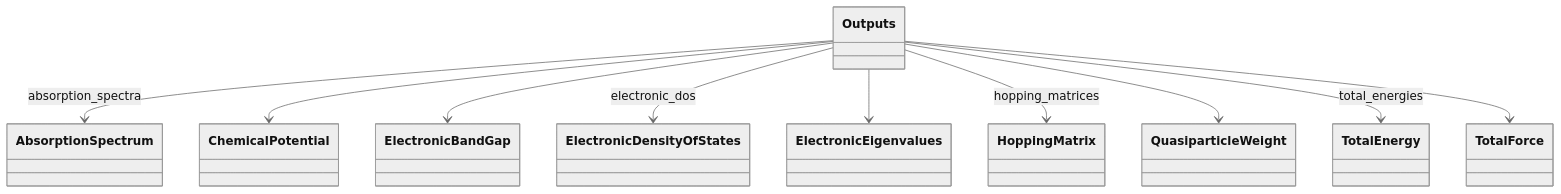
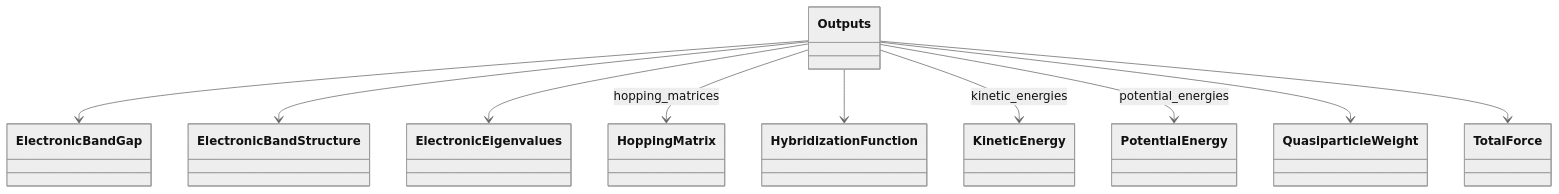
The second of 2 diagrams in docs/schema/outputs.diagram.md (FAIRmat-NFDI/nomad-simulations), drawn with Mermaid (neutral theme) before and after one commit. The commit also changed 13 other files, not shown here.

````diff
--- a/docs/schema/outputs.diagram.md
+++ b/docs/schema/outputs.diagram.md
@@ -63,32 +63,32 @@
 ```mermaid
 classDiagram
-    class AbsorptionSpectrum {
-    }
-    class ChemicalPotential {
-    }
     class ElectronicBandGap {
     }
-    class ElectronicDensityOfStates {
+    class ElectronicBandStructure {
     }
     class ElectronicEigenvalues {
     }
     class HoppingMatrix {
     }
+    class HybridizationFunction {
+    }
+    class KineticEnergy {
+    }
     class Outputs {
+    }
+    class PotentialEnergy {
     }
     class QuasiparticleWeight {
     }
-    class TotalEnergy {
-    }
     class TotalForce {
     }
-    Outputs --> AbsorptionSpectrum : absorption_spectra
-    Outputs --> ChemicalPotential
     Outputs --> ElectronicBandGap
-    Outputs --> ElectronicDensityOfStates : electronic_dos
+    Outputs --> ElectronicBandStructure
     Outputs --> ElectronicEigenvalues
     Outputs --> HoppingMatrix : hopping_matrices
+    Outputs --> HybridizationFunction
+    Outputs --> KineticEnergy : kinetic_energies
+    Outputs --> PotentialEnergy : potential_energies
     Outputs --> QuasiparticleWeight
-    Outputs --> TotalEnergy : total_energies
     Outputs --> TotalForce
 ```
````
